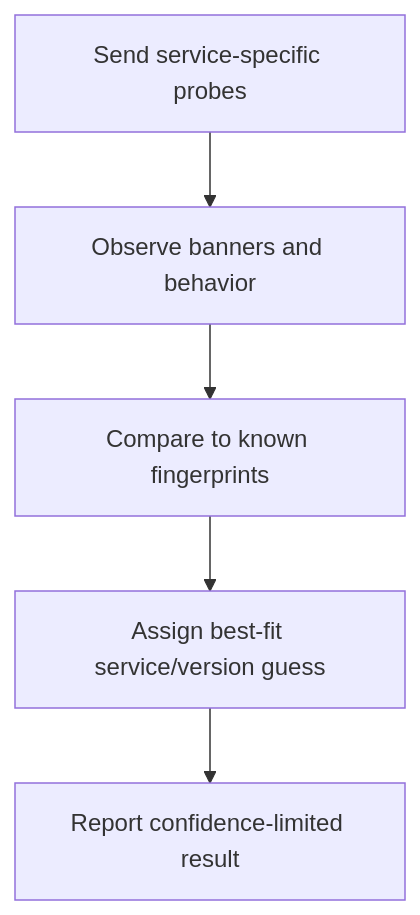
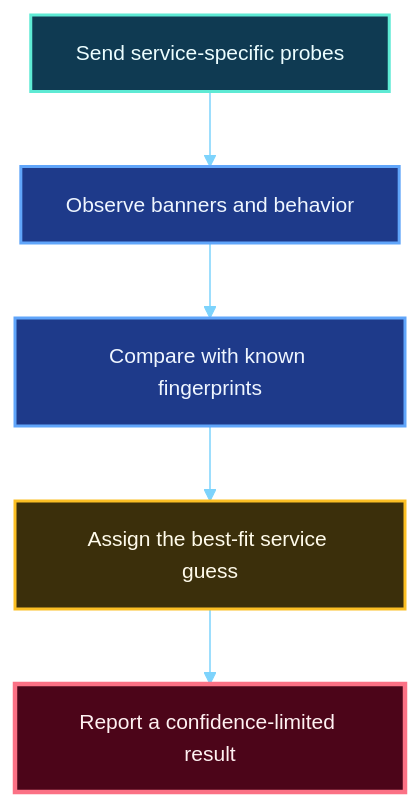
One commit to route2shell/hack-the-basics changed the third of 4 diagrams in modules/02-enumeration-using-nmap/lessons/module-02-lesson-2-4-service-detection-os-clues-and-script-assisted-enumeration.md. Above: the diagram before and after it, drawn with Mermaid. The commit also changed other lines of this file and 9 other files, not shown here.

````diff
--- a/modules/02-enumeration-using-nmap/lessons/module-02-lesson-2-4-service-detection-os-clues-and-script-assisted-enumeration.md
+++ b/modules/02-enumeration-using-nmap/lessons/module-02-lesson-2-4-service-detection-os-clues-and-script-assisted-enumeration.md
@@ -296,7 +318,18 @@
 ```mermaid
+%%{init: {"theme":"base","flowchart":{"curve":"basis","htmlLabels":true},"themeVariables":{"fontSize":"14px","primaryTextColor":"#e5eef8","lineColor":"#7dd3fc","primaryColor":"#0f172a","clusterBkg":"#0b1220","clusterBorder":"#334155"}}}%%
 flowchart TD
-    A[Send service-specific probes] --> B[Observe banners and behavior]
-    B --> C[Compare to known fingerprints]
-    C --> D[Assign best-fit service/version guess]
-    D --> E[Report confidence-limited result]
+    A["Send service-specific probes"] --> B["Observe banners and behavior"]
+    B --> C["Compare with known fingerprints"]
+    C --> D["Assign the best-fit service guess"]
+    D --> E["Report a confidence-limited result"]
+
+    classDef probe fill:#0f3a52,stroke:#5eead4,color:#ecfeff,stroke-width:2px;
+    classDef evidence fill:#1e3a8a,stroke:#60a5fa,color:#eff6ff,stroke-width:2px;
+    classDef classify fill:#3b2f0b,stroke:#fbbf24,color:#fffbeb,stroke-width:2px;
+    classDef output fill:#4c0519,stroke:#fb7185,color:#fff1f2,stroke-width:3px;
+
+    class A probe;
+    class B,C evidence;
+    class D classify;
+    class E output;
 ```
````
